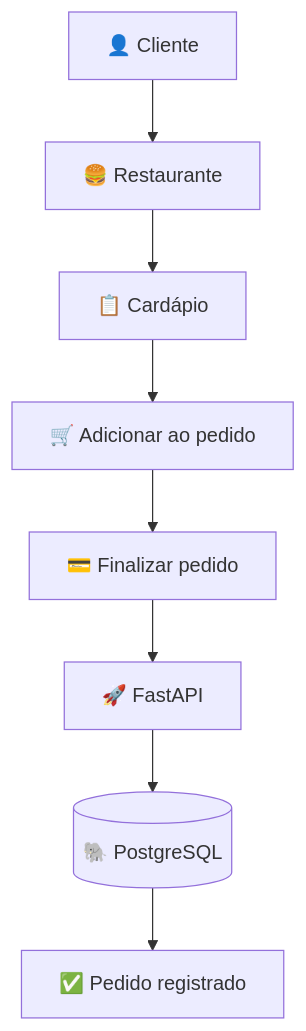
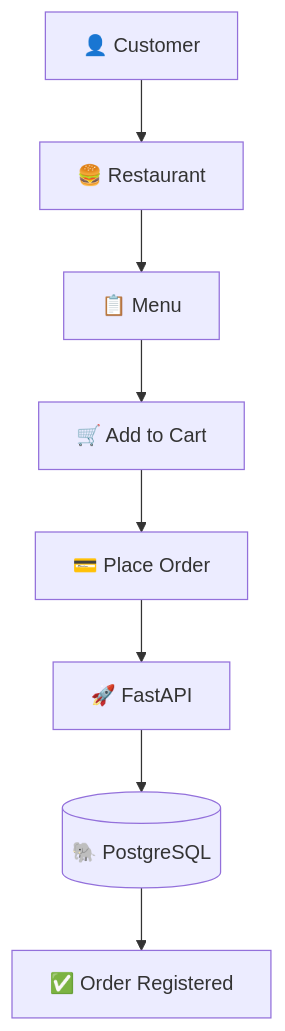
Before and after one commit to joaopedro236/Dailyfoods: the third of 4 diagrams in README.md, drawn with Mermaid. The commit also changed other lines of this file, not shown here.

````diff
--- a/README.md
+++ b/README.md
@@ -135,10 +135,10 @@
 ```mermaid
 flowchart TD
-    A[👤 Cliente] --> B[🍔 Restaurante]
-    B --> C[📋 Cardápio]
-    C --> D[🛒 Adicionar ao pedido]
-    D --> E[💳 Finalizar pedido]
+    A[👤 Customer] --> B[🍔 Restaurant]
+    B --> C[📋 Menu]
+    C --> D[🛒 Add to Cart]
+    D --> E[💳 Place Order]
     E --> F[🚀 FastAPI]
     F --> G[(🐘 PostgreSQL)]
-    G --> H[✅ Pedido registrado]
+    G --> H[✅ Order Registered]
 ```
````
